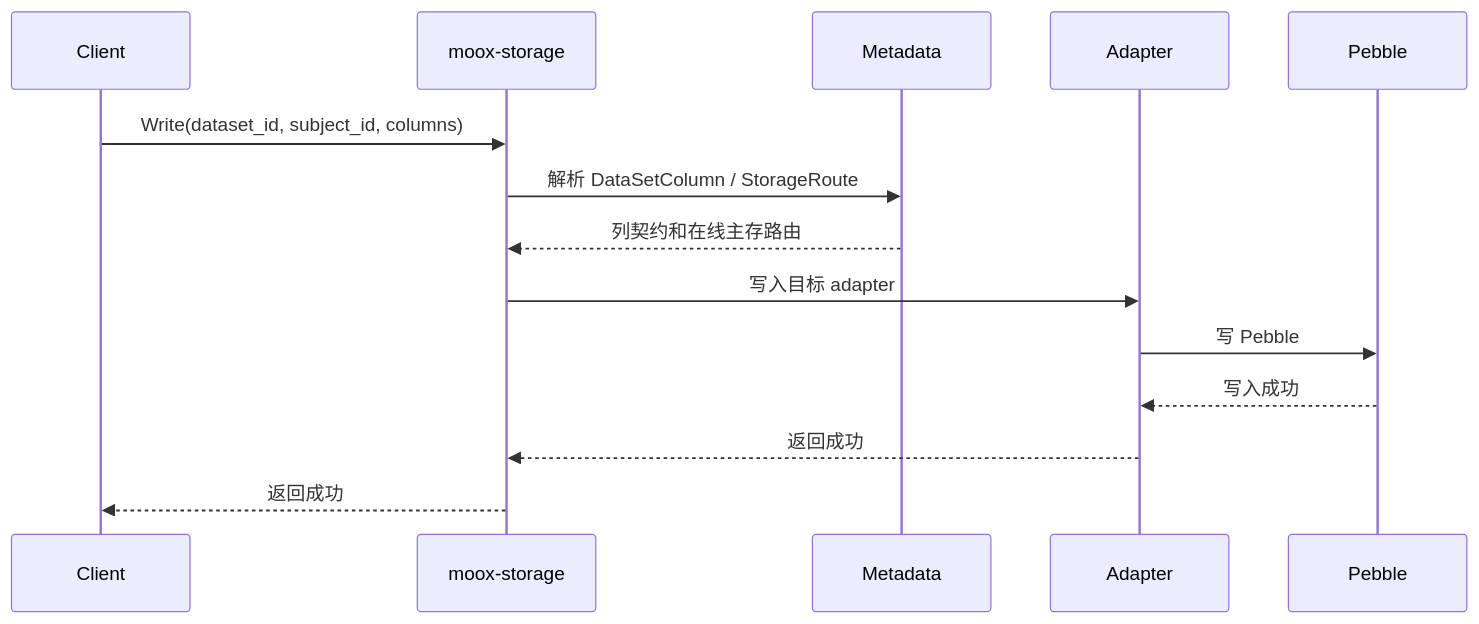
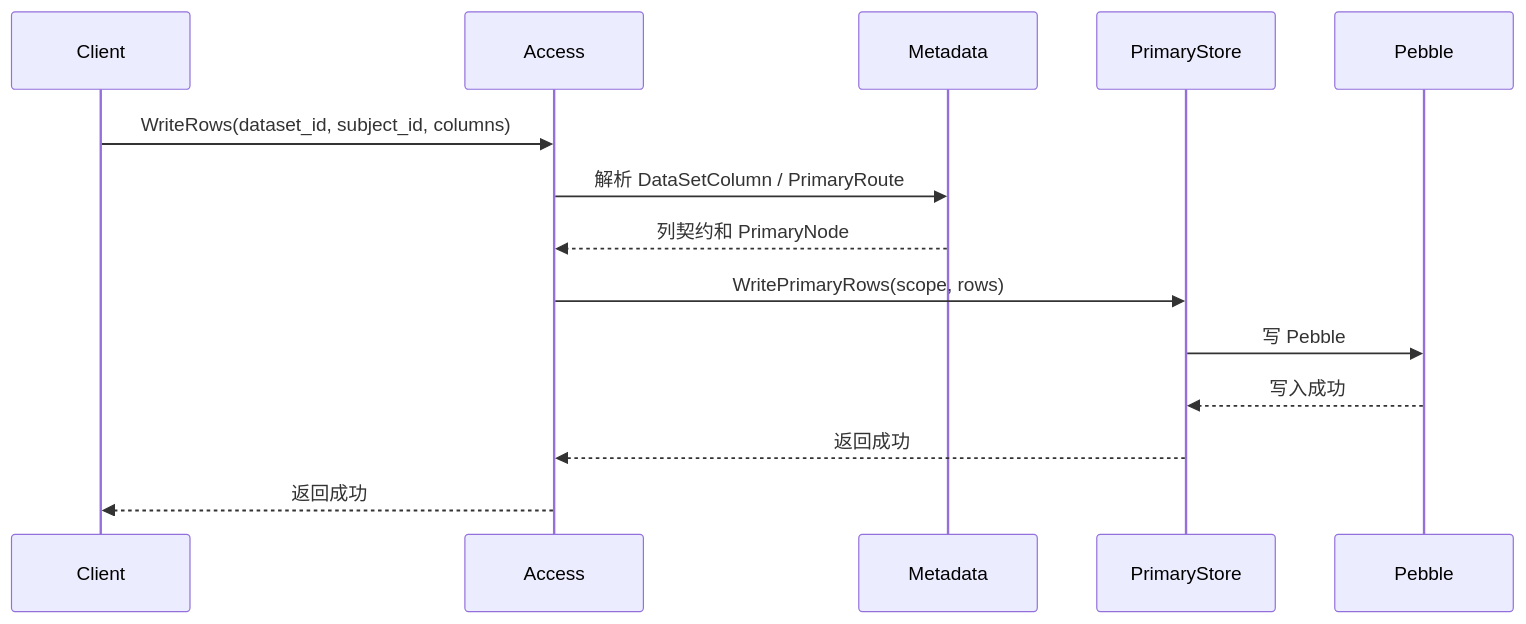
Before and after one commit to mooyang-code/moox: the second of 3 diagrams in docs/storage-target-architecture-and-metadata.md, drawn with Mermaid. The commit also changed other lines of this file and 133 other files, not shown here.

First line of the commit message:
refactor(storage): align quant storage architecture

````diff
--- a/docs/storage-target-architecture-and-metadata.md
+++ b/docs/storage-target-architecture-and-metadata.md
@@ -406,17 +445,17 @@
 ```mermaid
 sequenceDiagram
     participant C as Client
-    participant S as moox-storage
+    participant S as Access
     participant M as Metadata
-    participant A as Adapter
+    participant PSS as PrimaryStore
     participant P as Pebble
 
-    C->>S: Write(dataset_id, subject_id, columns)
-    S->>M: 解析 DataSetColumn / StorageRoute
-    M-->>S: 列契约和在线主存路由
-    S->>A: 写入目标 adapter
-    A->>P: 写 Pebble
-    P-->>A: 写入成功
-    A-->>S: 返回成功
+    C->>S: WriteRows(dataset_id, subject_id, columns)
+    S->>M: 解析 DataSetColumn / PrimaryRoute
+    M-->>S: 列契约和 PrimaryNode
+    S->>PSS: WritePrimaryRows(scope, rows)
+    PSS->>P: 写 Pebble
+    P-->>PSS: 写入成功
+    PSS-->>S: 返回成功
     S-->>C: 返回成功
 ```
````
